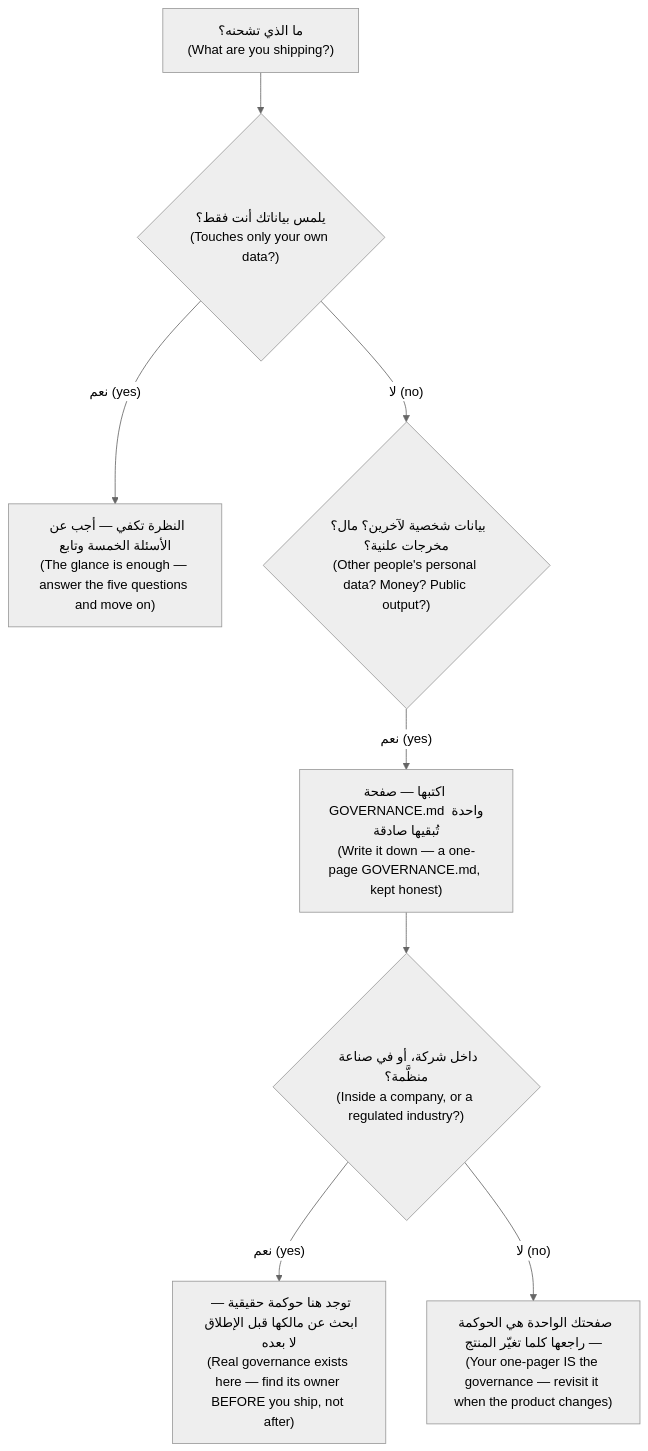
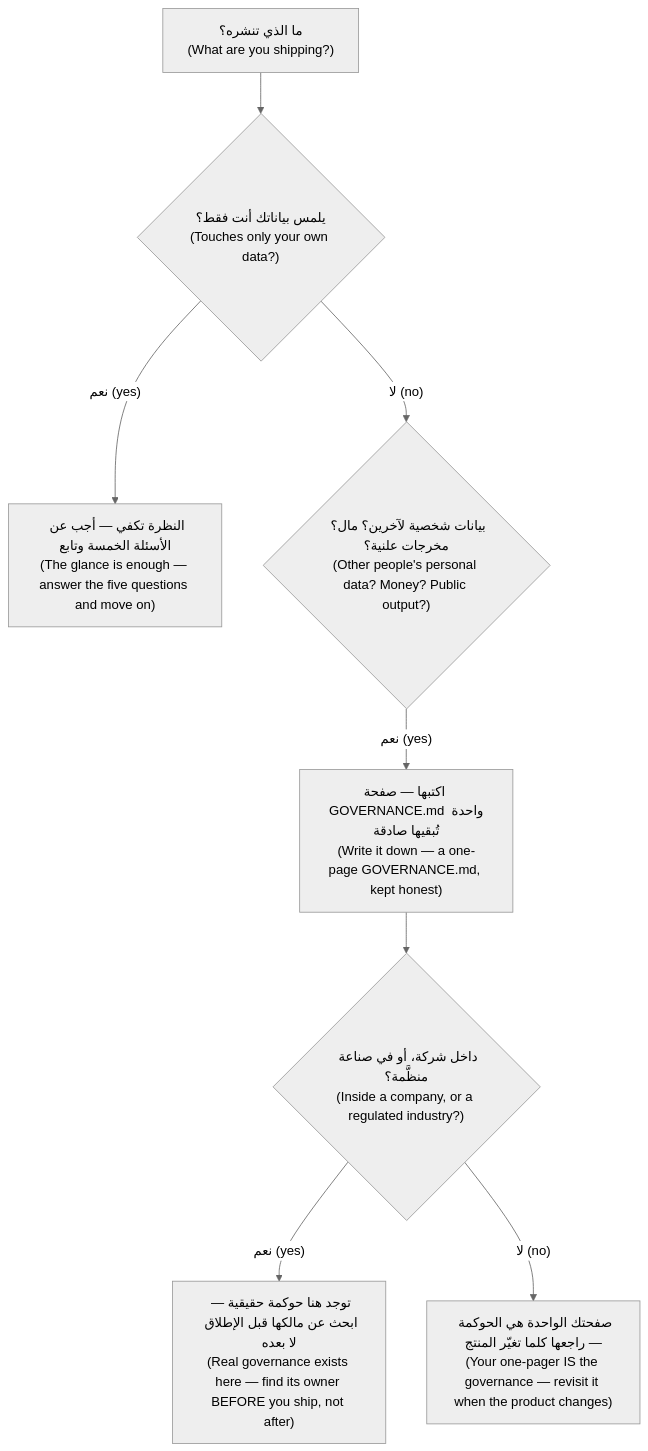
Before and after one commit to Tamoura/system-design-for-vibe-coders: the eighth of 8 diagrams in modules/09-directing-ai-team/module.ar.md, drawn with Mermaid (neutral theme). The commit also changed other lines of this file and 433 other files, not shown here.

````diff
--- a/modules/09-directing-ai-team/module.ar.md
+++ b/modules/09-directing-ai-team/module.ar.md
@@ -736,10 +755,10 @@
 ```mermaid
 flowchart TD
-    A["ما الذي تشحنه؟<br/>(What are you shipping?)"] --> B{"يلمس بياناتك أنت فقط؟<br/>(Touches only your own data?)"}
+    A["ما الذي تنشره؟<br/>(What are you shipping?)"] --> B{"يلمس بياناتك أنت فقط؟<br/>(Touches only your own data?)"}
     B -- "نعم (yes)" --> G["النظرة تكفي — أجب عن الأسئلة الخمسة وتابع<br/>(The glance is enough — answer the five questions and move on)"]
     B -- "لا (no)" --> C{"بيانات شخصية لآخرين؟ مال؟ مخرجات علنية؟<br/>(Other people's personal data? Money? Public output?)"}
     C -- "نعم (yes)" --> D["اكتبها — صفحة GOVERNANCE.md واحدة تُبقيها صادقة<br/>(Write it down — a one-page GOVERNANCE.md, kept honest)"]
     D --> E{"داخل شركة، أو في صناعة منظَّمة؟<br/>(Inside a company, or a regulated industry?)"}
     E -- "نعم (yes)" --> F["توجد هنا حوكمة حقيقية — ابحث عن مالكها قبل الإطلاق لا بعده<br/>(Real governance exists here — find its owner BEFORE you ship, not after)"]
     E -- "لا (no)" --> D2["صفحتك الواحدة هي الحوكمة — راجعها كلما تغيّر المنتج<br/>(Your one-pager IS the governance — revisit it when the product changes)"]
 ```
````
